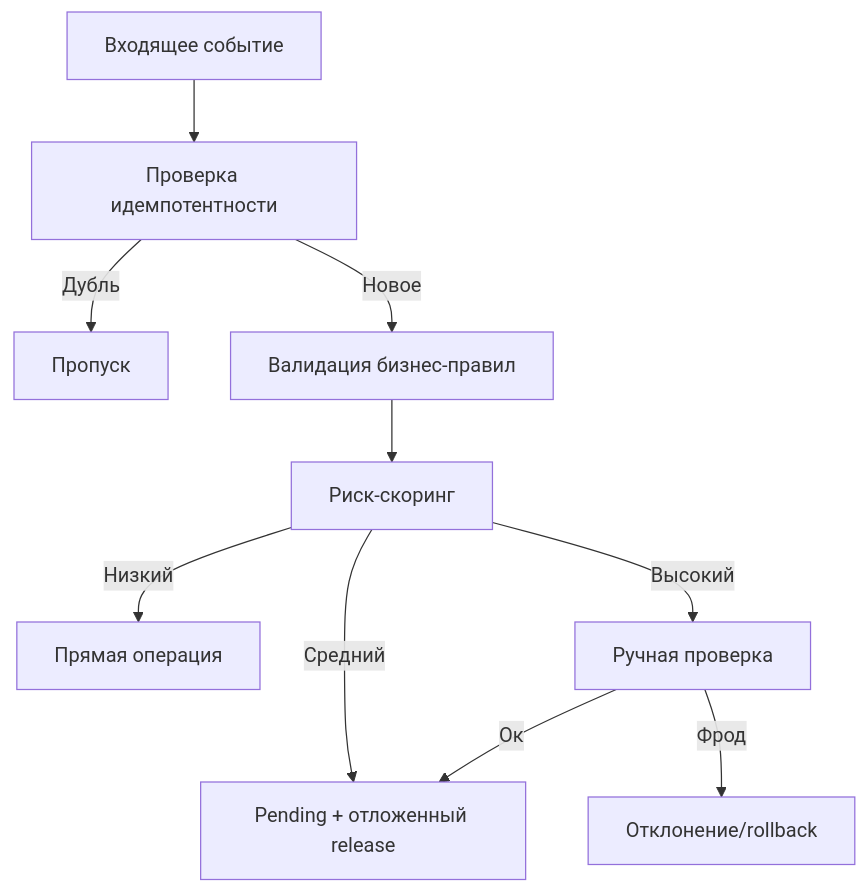
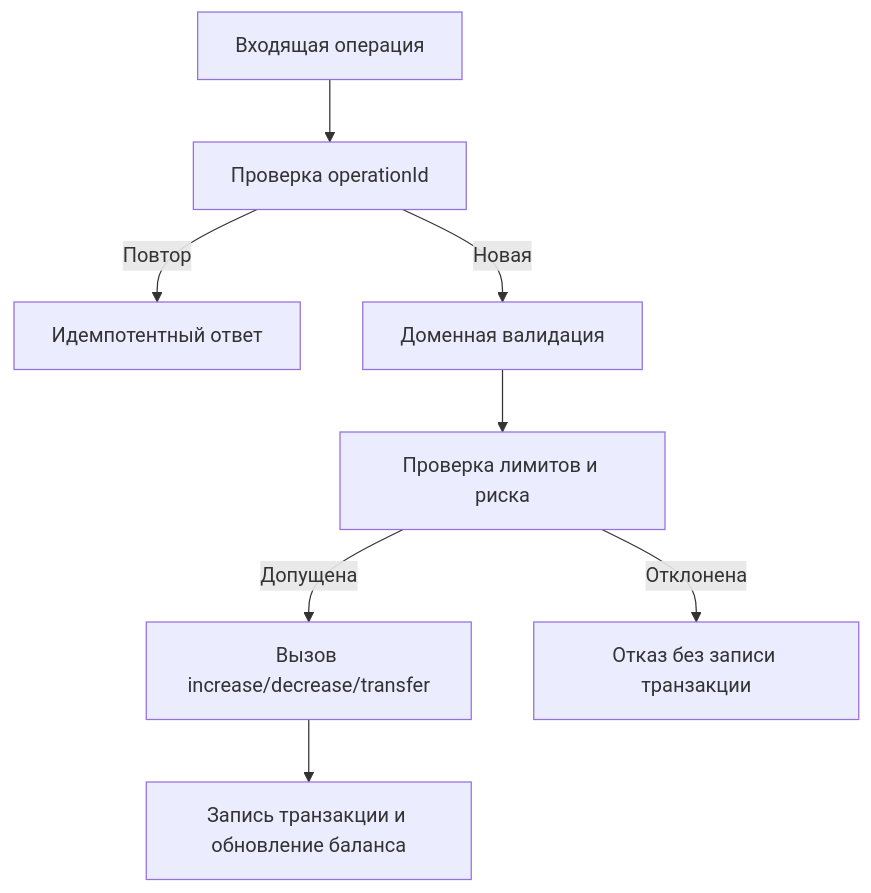
Before and after one commit to nazbav/yii2-account-balance: the diagram in docs/explanation-fraud-controls.md, drawn with Mermaid. The commit also changed other lines of this file and 19 other files, not shown here.

````diff
--- a/docs/explanation-fraud-controls.md
+++ b/docs/explanation-fraud-controls.md
@@ -43,12 +54,10 @@
 ```mermaid
 flowchart TD
-  A[Входящее событие] --> B[Проверка идемпотентности]
-  B -- Дубль --> X[Пропуск]
-  B -- Новое --> C[Валидация бизнес-правил]
-  C --> D[Риск-скоринг]
-  D -- Низкий --> E[Прямая операция]
-  D -- Средний --> F[Pending + отложенный release]
-  D -- Высокий --> G[Ручная проверка]
-  G -- Ок --> F
-  G -- Фрод --> H[Отклонение/rollback]
+    A[Входящая операция] --> B[Проверка operationId]
+    B -- Повтор --> X[Идемпотентный ответ]
+    B -- Новая --> C[Доменная валидация]
+    C --> D[Проверка лимитов и риска]
+    D -- Допущена --> E[Вызов increase/decrease/transfer]
+    D -- Отклонена --> F[Отказ без записи транзакции]
+    E --> G[Запись транзакции и обновление баланса]
 ```
````
